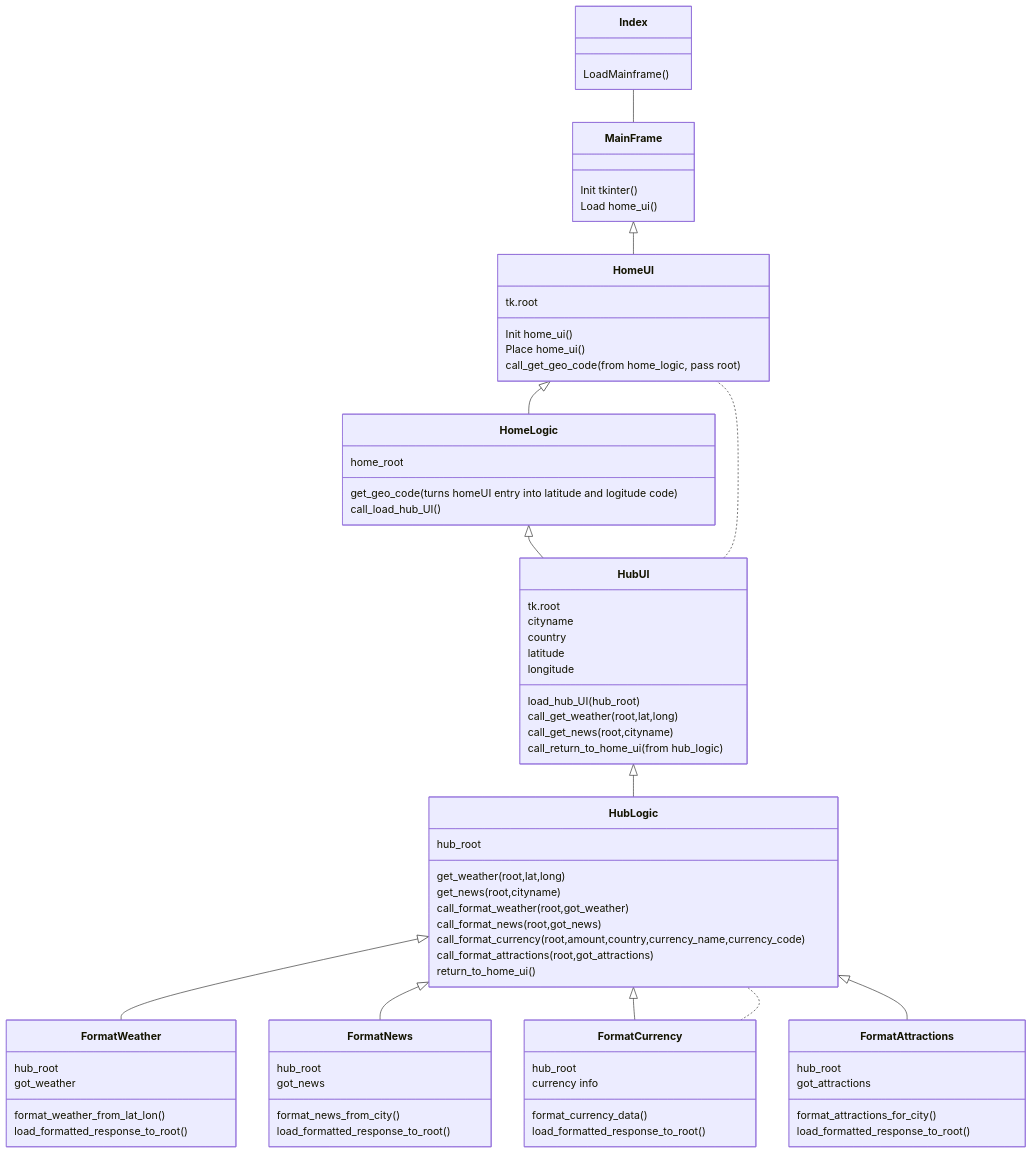
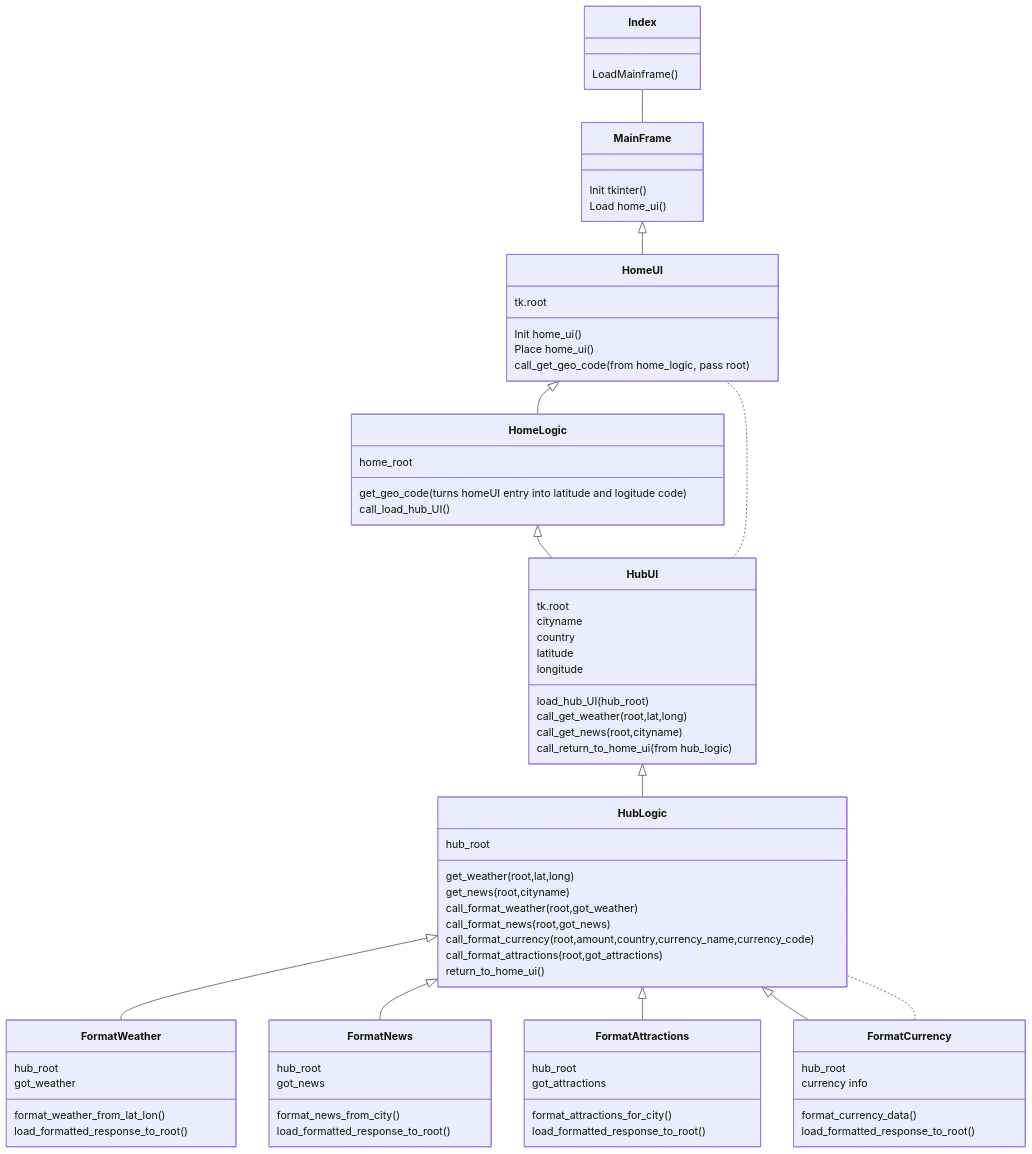
One commit to kodtld/TravelHub changed the diagram in dokumentaatio/arkkitehtuuri.md. Above: the diagram before and after it, drawn with Mermaid. The commit also changed other lines of this file, not shown here.

```diff
--- a/dokumentaatio/arkkitehtuuri.md
+++ b/dokumentaatio/arkkitehtuuri.md
@@ -9,9 +9,9 @@
       HubUI ..	HomeUI
       HubLogic <|-- FormatWeather
       HubLogic <|-- FormatNews
+      HubLogic <|-- FormatAttractions
       HubLogic <|-- FormatCurrency
       FormatCurrency .. HubLogic
-      HubLogic <|-- FormatAttractions
        
       Index : LoadMainframe()
 
```
